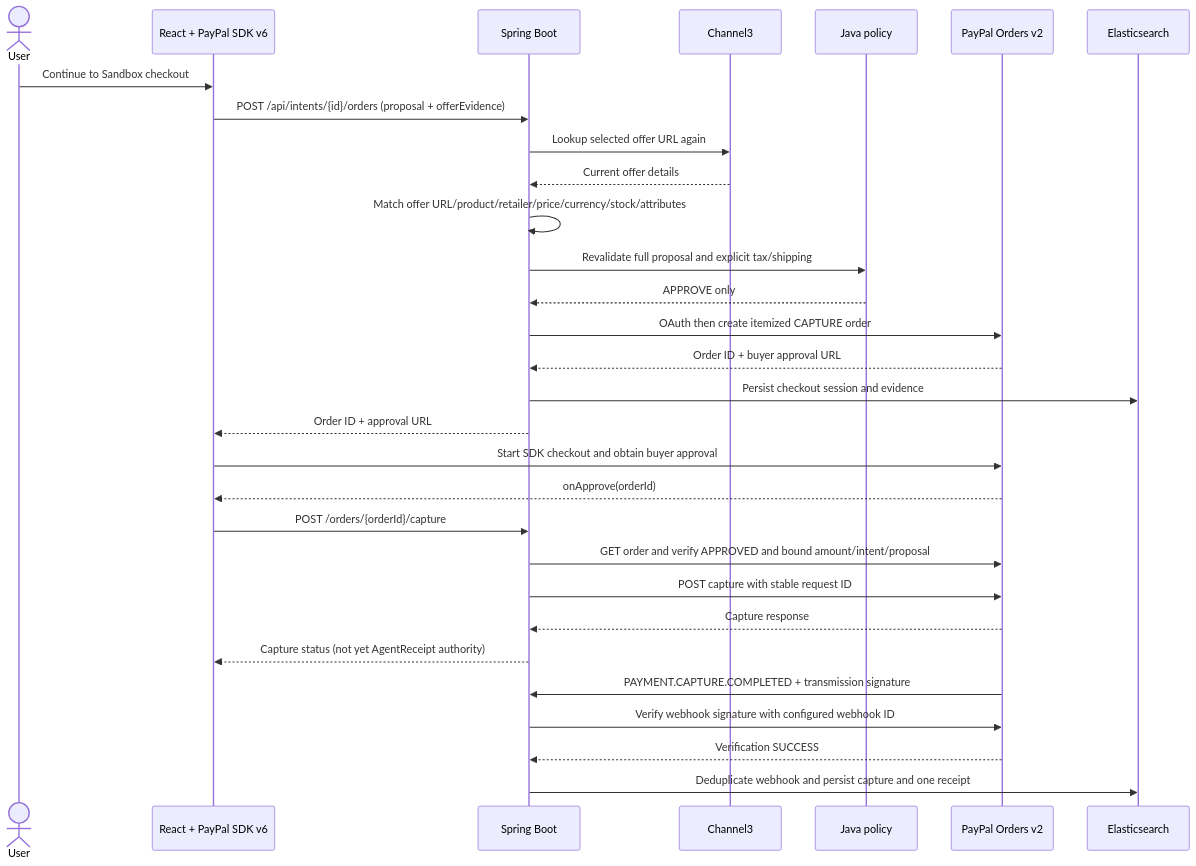
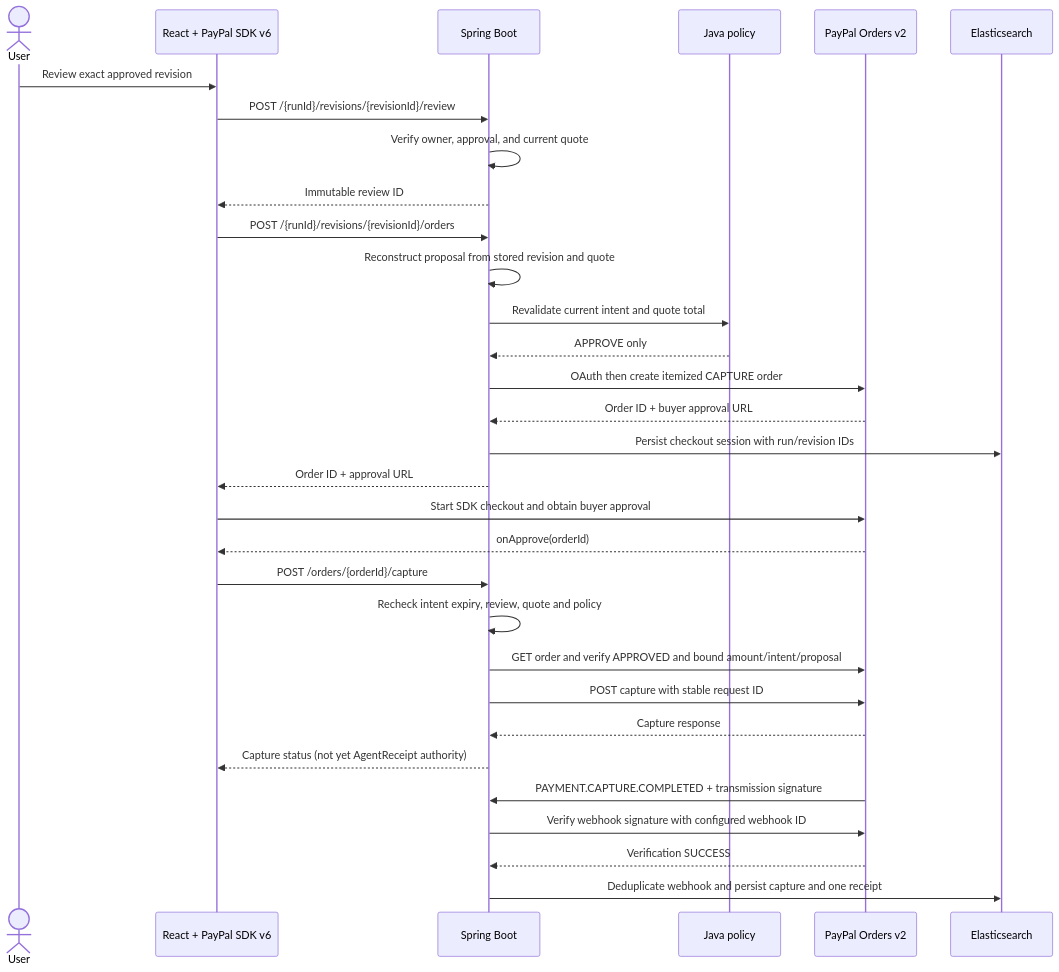
One commit to aashanashanu/intent-os changed the third of 4 diagrams in docs/architecture.md. Above: the diagram before and after it, drawn with Mermaid. The commit also changed other lines of this file and 84 other files, not shown here.

````diff
--- a/docs/architecture.md
+++ b/docs/architecture.md
@@ -99,33 +104,34 @@
 ```mermaid
 sequenceDiagram
     actor User
     participant UI as React + PayPal SDK v6
     participant API as Spring Boot
-    participant C3 as Channel3
     participant Policy as Java policy
     participant PayPal as PayPal Orders v2
     participant Elastic as Elasticsearch
 
-    User->>UI: Continue to Sandbox checkout
-    UI->>API: POST /api/intents/{id}/orders (proposal + offerEvidence)
-    API->>C3: Lookup selected offer URL again
-    C3-->>API: Current offer details
-    API->>API: Match offer URL/product/retailer/price/currency/stock/attributes
-    API->>Policy: Revalidate full proposal and explicit tax/shipping
+    User->>UI: Review exact approved revision
+    UI->>API: POST /{runId}/revisions/{revisionId}/review
+    API->>API: Verify owner, approval, and current quote
+    API-->>UI: Immutable review ID
+    UI->>API: POST /{runId}/revisions/{revisionId}/orders
+    API->>API: Reconstruct proposal from stored revision and quote
+    API->>Policy: Revalidate current intent and quote total
     Policy-->>API: APPROVE only
     API->>PayPal: OAuth then create itemized CAPTURE order
     PayPal-->>API: Order ID + buyer approval URL
-    API->>Elastic: Persist checkout session and evidence
+    API->>Elastic: Persist checkout session with run/revision IDs
     API-->>UI: Order ID + approval URL
     UI->>PayPal: Start SDK checkout and obtain buyer approval
     PayPal-->>UI: onApprove(orderId)
     UI->>API: POST /orders/{orderId}/capture
+    API->>API: Recheck intent expiry, review, quote and policy
     API->>PayPal: GET order and verify APPROVED and bound amount/intent/proposal
     API->>PayPal: POST capture with stable request ID
     PayPal-->>API: Capture response
     API-->>UI: Capture status (not yet AgentReceipt authority)
     PayPal->>API: PAYMENT.CAPTURE.COMPLETED + transmission signature
     API->>PayPal: Verify webhook signature with configured webhook ID
     PayPal-->>API: Verification SUCCESS
     API->>Elastic: Deduplicate webhook and persist capture and one receipt
 ```
````
